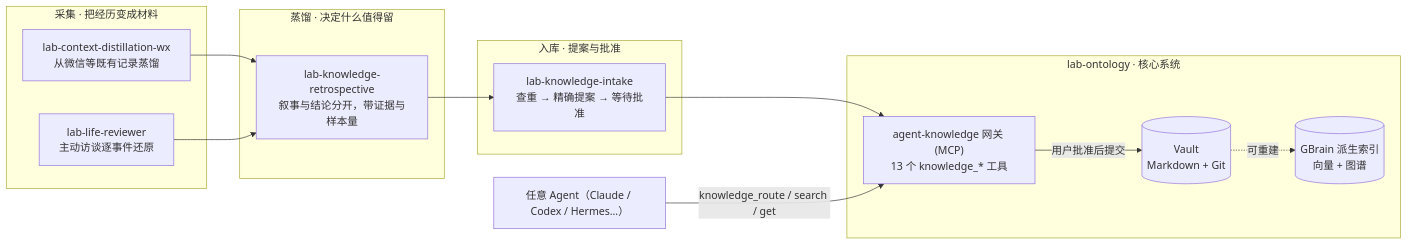
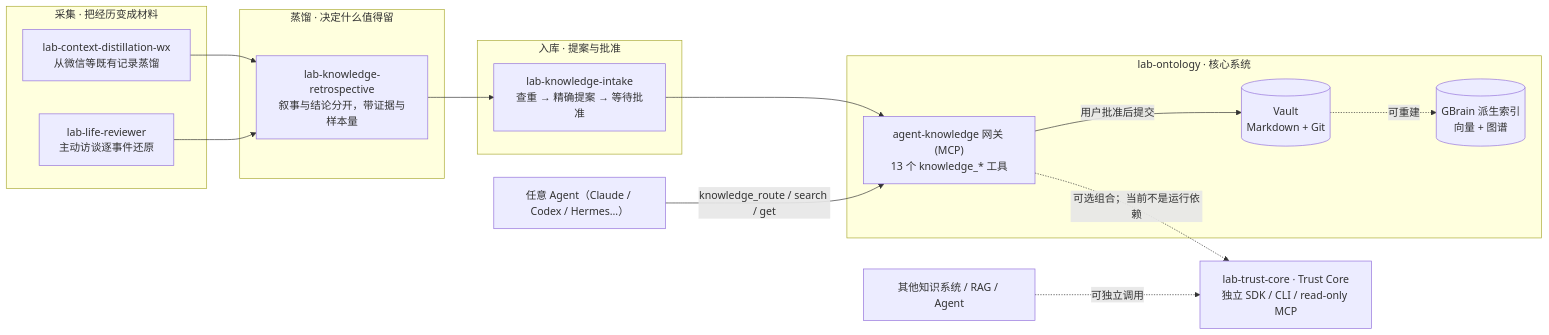
One commit to haorantang97/Personal-Ontology changed the diagram in README.md. Above: the diagram before and after it, drawn with Mermaid. The commit also changed other lines of this file and 7 other files, not shown here.

Commit message:
docs: catalogue lab trust core

````diff
--- a/README.md
+++ b/README.md
@@ -30,25 +30,28 @@
 ```mermaid
 flowchart LR
     subgraph Collect["采集 · 把经历变成材料"]
         CD["lab-context-distillation-wx<br/>从微信等既有记录蒸馏"]
         LR["lab-life-reviewer<br/>主动访谈逐事件还原"]
     end
     subgraph Distil["蒸馏 · 决定什么值得留"]
         KR["lab-knowledge-retrospective<br/>叙事与结论分开，带证据与样本量"]
     end
     subgraph File["入库 · 提案与批准"]
         KI["lab-knowledge-intake<br/>查重 → 精确提案 → 等待批准"]
     end
     subgraph System["lab-ontology · 核心系统"]
         GW["agent-knowledge 网关 (MCP)<br/>13 个 knowledge_* 工具"]
         V[("Vault<br/>Markdown + Git")]
         IX[("GBrain 派生索引<br/>向量 + 图谱")]
     end
     CD --> KR
     LR --> KR
     KR --> KI
     KI --> GW
     GW -- "用户批准后提交" --> V
     V -. "可重建" .-> IX
     AG["任意 Agent（Claude / Codex / Hermes…）"] -- "knowledge_route / search / get" --> GW
+    TC["lab-trust-core · Trust Core<br/>独立 SDK / CLI / read-only MCP"]
+    GW -. "可选组合；当前不是运行依赖" .-> TC
+    EXT["其他知识系统 / RAG / Agent"] -. "可独立调用" .-> TC
 ```
````
